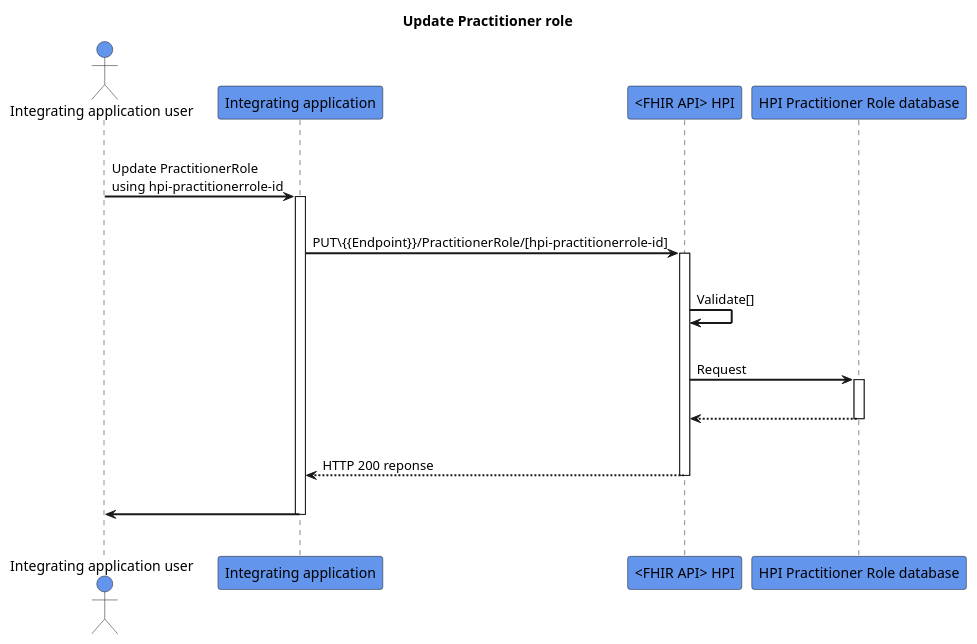
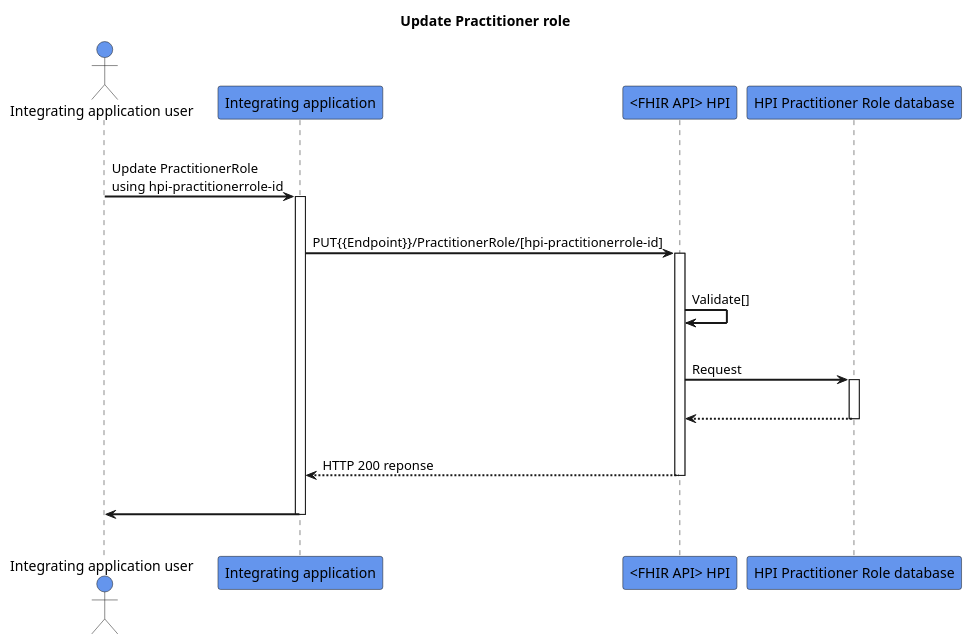
Before and after one commit to HL7NZ/hpi: the diagram in input/images-source/update-practitionerrole.plantuml, drawn with PlantUML.

```diff
--- a/input/images-source/update-practitionerrole.plantuml
+++ b/input/images-source/update-practitionerrole.plantuml
@@ -1,32 +1,32 @@
 @startuml
 skinparam sequenceArrowThickness 2
 skinparam roundcorner 5
 skinparam maxmessagesize 180
 skinparam sequenceParticipant bold
 title Update Practitioner role
 actor "Integrating application user" as User #CornflowerBlue
 participant "Integrating application" as A #CornflowerBlue
 participant "<FHIR API> HPI" as B #CornflowerBlue
 participant "HPI Practitioner Role database" as C #CornflowerBlue
 |||
 User -> A: Update PractitionerRole using hpi-practitionerrole-id
 activate A
 |||
-A -> B: PUT\{{Endpoint}}/PractitionerRole/[hpi-practitionerrole-id]
+A -> B: PUT{{Endpoint}}/PractitionerRole/[hpi-practitionerrole-id]
 activate B
 |||
 B -> B: Validate[]
 |||
 B -> C: Request
 activate C
 |||
 C -[dashed]-> B: 
 deactivate C
 |||
 B -[dashed]-> A:HTTP 200 reponse
 deactivate B
 |||
 A -> User: 
 deactivate A
 |||
 @enduml
```
